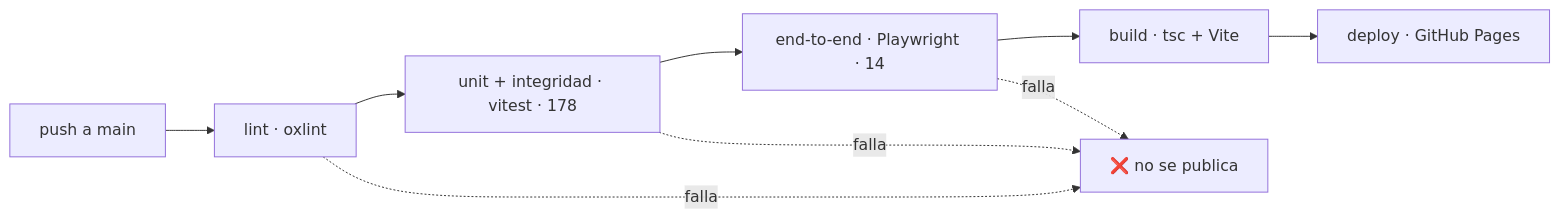
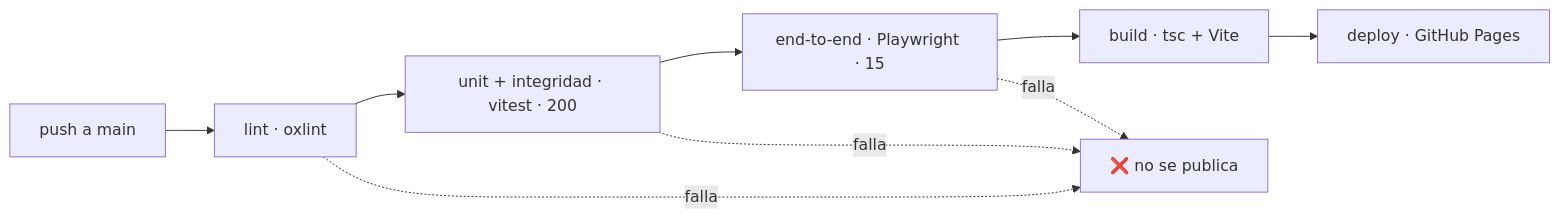
The diagram in docs/06-calidad.md (luzzaragoza/cuanto-me-falta), drawn with Mermaid before and after one commit. The commit also changed other lines of this file and 9 other files, not shown here.

````diff
--- a/docs/06-calidad.md
+++ b/docs/06-calidad.md
@@ -66,12 +68,12 @@
 ```mermaid
 %% svg:pipeline
 flowchart LR
     P["push a main"] --> L["lint · oxlint"]
-    L --> U["unit + integridad · vitest · 178"]
-    U --> E["end-to-end · Playwright · 14"]
+    L --> U["unit + integridad · vitest · 200"]
+    U --> E["end-to-end · Playwright · 15"]
     E --> B["build · tsc + Vite"]
     B --> D["deploy · GitHub Pages"]
     L -. falla .-> X["❌ no se publica"]
     U -. falla .-> X
     E -. falla .-> X
 ```
````
